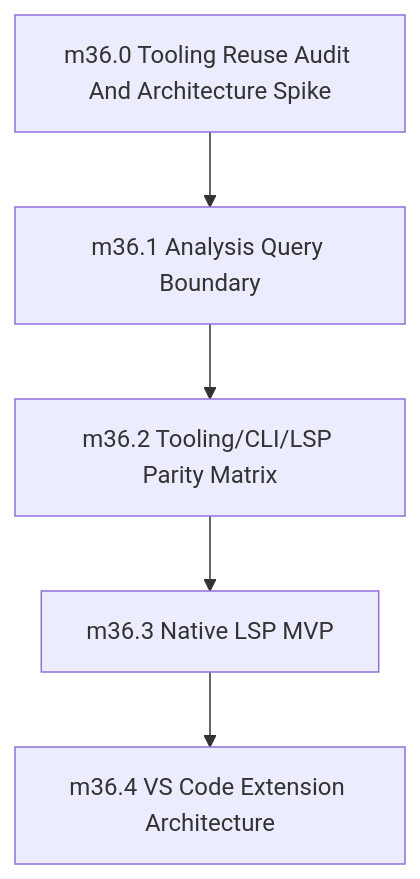
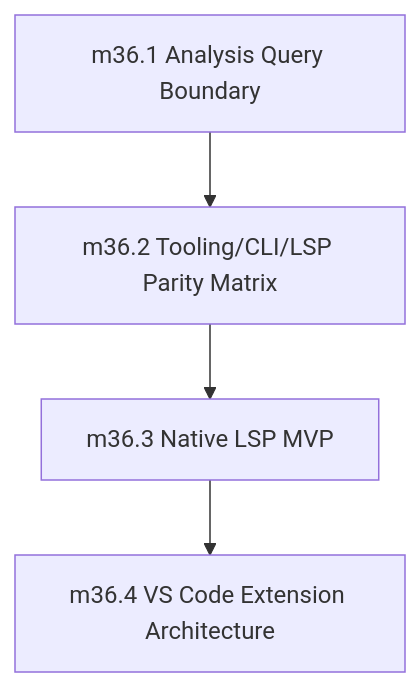
Before and after one commit to sifr-lang/sifr: the diagram in internal_docs/phases/36_developer_tooling_and_ecosystem_hooks.md, drawn with Mermaid. The commit also changed other lines of this file and 3 other files, not shown here.

Commit message:
Record tooling reuse strategy

````diff
--- a/internal_docs/phases/36_developer_tooling_and_ecosystem_hooks.md
+++ b/internal_docs/phases/36_developer_tooling_and_ecosystem_hooks.md
@@ -253,13 +292,11 @@
 ```mermaid
 flowchart TD
-    m36_0["m36.0 Tooling Reuse Audit And Architecture Spike"]
     m36_1["m36.1 Analysis Query Boundary"]
     m36_2["m36.2 Tooling/CLI/LSP Parity Matrix"]
     m36_3["m36.3 Native LSP MVP"]
     m36_4["m36.4 VS Code Extension Architecture"]
 
-    m36_0 --> m36_1
     m36_1 --> m36_2
     m36_2 --> m36_3
     m36_3 --> m36_4
 ```
````
